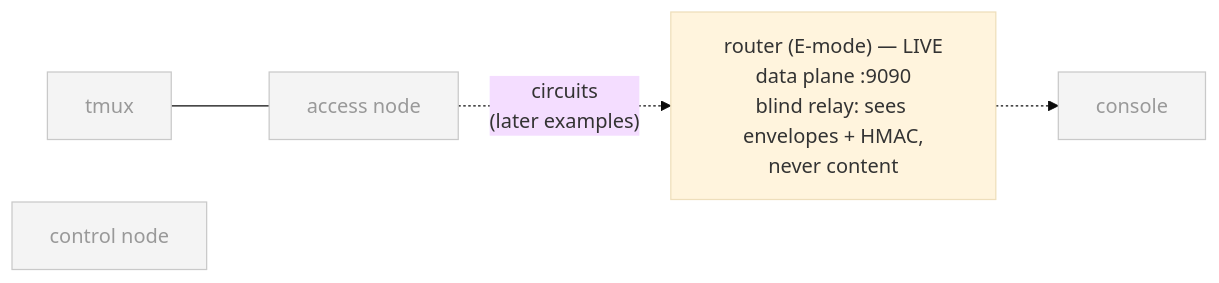
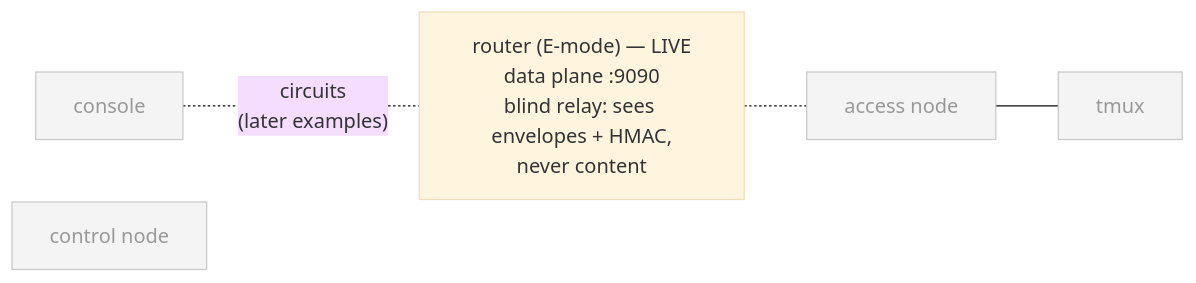
Before and after one commit to ArcavenAE/switchboard-blue: the first of 3 diagrams in examples/01-hello-router/README.md, drawn with Mermaid (base theme). The commit also changed 8 other files, not shown here.

First line of the commit message:
docs(diagrams): orient flows initiator-left — keystrokes lead, output returns

````diff
--- a/examples/01-hello-router/README.md
+++ b/examples/01-hello-router/README.md
@@ -21,9 +21,9 @@
 ```mermaid
 graph LR
-    TM["tmux"] --- AN["access node"]
-    AN -. "circuits<br/>(later examples)" .-> R["router (E-mode) — LIVE<br/>data plane :9090<br/>blind relay: sees envelopes + HMAC,<br/>never content"]
-    R -.-> CN["console"]
+    CN["console"] -. "circuits<br/>(later examples)" .- R["router (E-mode) — LIVE<br/>data plane :9090<br/>blind relay: sees envelopes + HMAC,<br/>never content"]
+    R -.- AN["access node"]
+    AN --- TM["tmux"]
     CT["control node"]
     classDef dim fill:#f4f4f4,stroke:#c9c9c9,color:#999999
     class TM,AN,CN,CT dim
 ```
````
